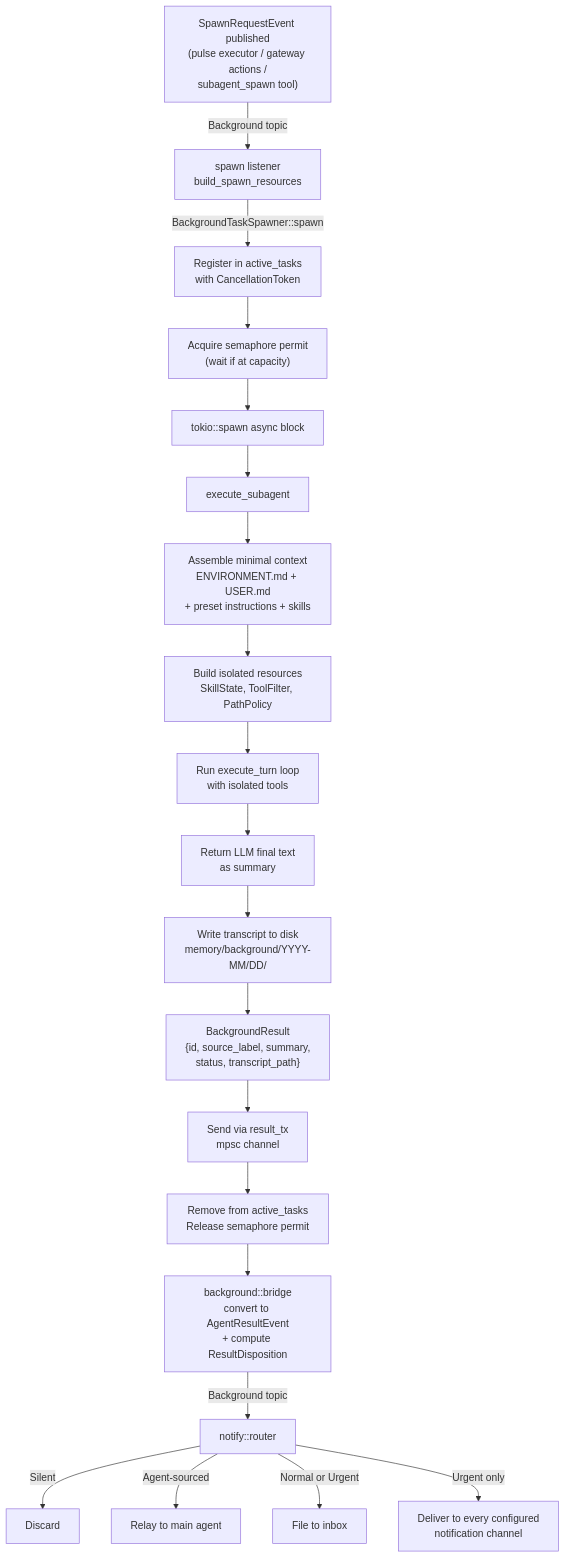
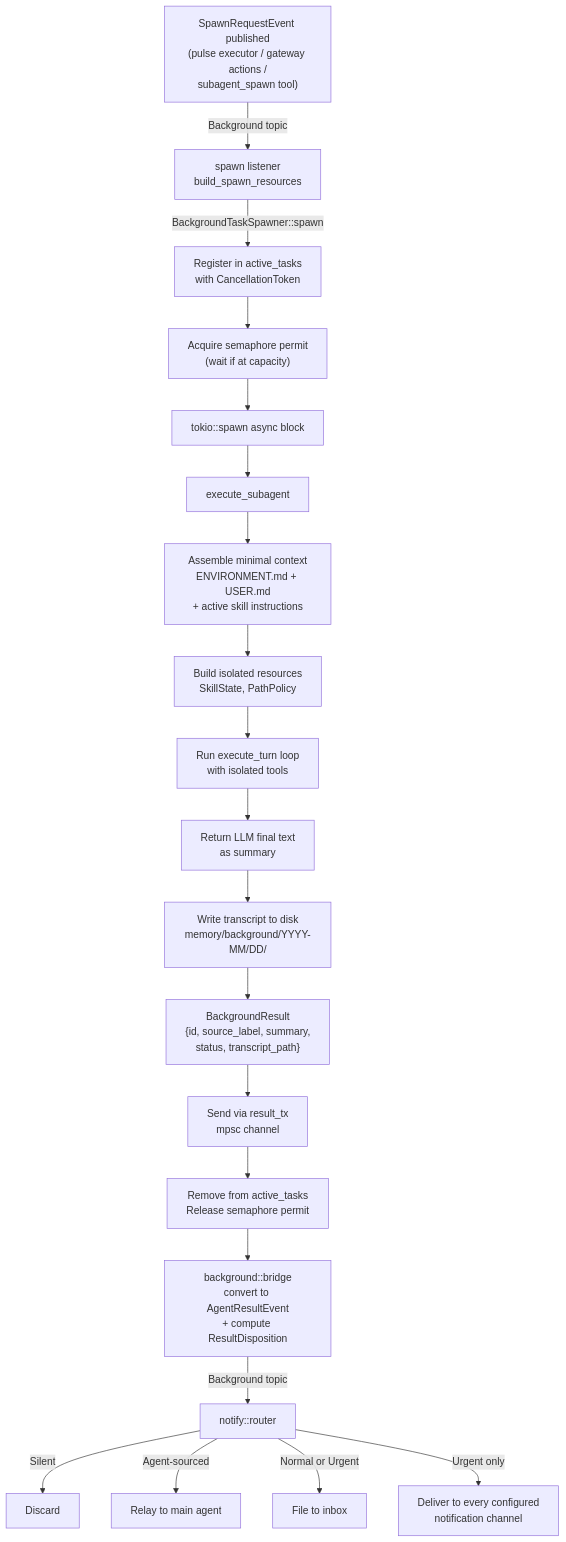
The diagram in src/background/README.md (Grizzly-Endeavors/residuum), drawn with Mermaid before and after one commit. The commit also changed other lines of this file and 10 other files, not shown here.

First line of the commit message:
refactor: remove dead ToolFilter tool-gating plumbing

````diff
--- a/src/background/README.md
+++ b/src/background/README.md
@@ -247,28 +245,28 @@
 ```mermaid
 graph TD
     Q["SpawnRequestEvent published<br/>(pulse executor / gateway actions /<br/>subagent_spawn tool)"]
     Q -->|Background topic| R["spawn listener<br/>build_spawn_resources"]
     R -->|BackgroundTaskSpawner::spawn| B["Register in active_tasks<br/>with CancellationToken"]
     B --> C["Acquire semaphore permit<br/>(wait if at capacity)"]
     C --> D["tokio::spawn async block"]
 
     D --> F["execute_subagent"]
 
-    F --> F1["Assemble minimal context<br/>ENVIRONMENT.md + USER.md<br/>+ preset instructions + skills"]
-    F1 --> F2["Build isolated resources<br/>SkillState, ToolFilter, PathPolicy"]
+    F --> F1["Assemble minimal context<br/>ENVIRONMENT.md + USER.md<br/>+ active skill instructions"]
+    F1 --> F2["Build isolated resources<br/>SkillState, PathPolicy"]
     F2 --> F3["Run execute_turn loop<br/>with isolated tools"]
     F3 --> F5["Return LLM final text<br/>as summary"]
 
     F5 --> H["Write transcript to disk<br/>memory/background/YYYY-MM/DD/"]
 
     H --> I["BackgroundResult<br/>{id, source_label, summary,<br/>status, transcript_path}"]
     I --> J["Send via result_tx<br/>mpsc channel"]
     J --> K["Remove from active_tasks<br/>Release semaphore permit"]
 
     K --> M["background::bridge<br/>convert to AgentResultEvent<br/>+ compute ResultDisposition"]
     M -->|Background topic| N["notify::router"]
     N -->|Silent| O["Discard"]
     N -->|Agent-sourced| P["Relay to main agent"]
     N -->|Normal or Urgent| L["File to inbox"]
     N -->|Urgent only| S["Deliver to every configured<br/>notification channel"]
 ```
````
